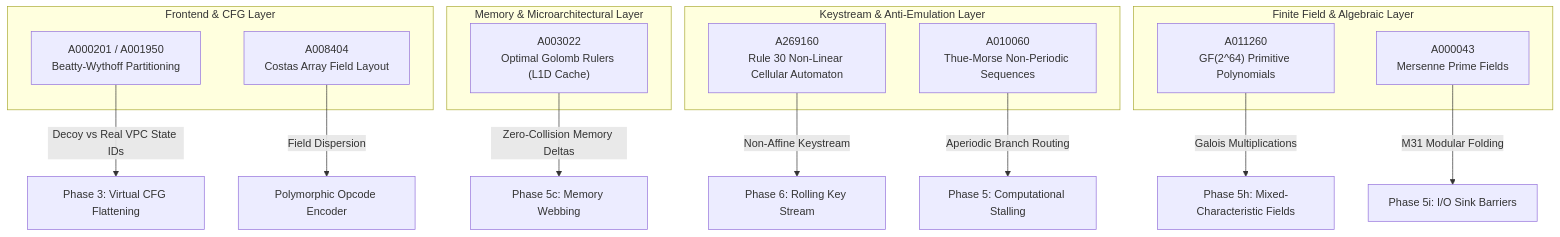
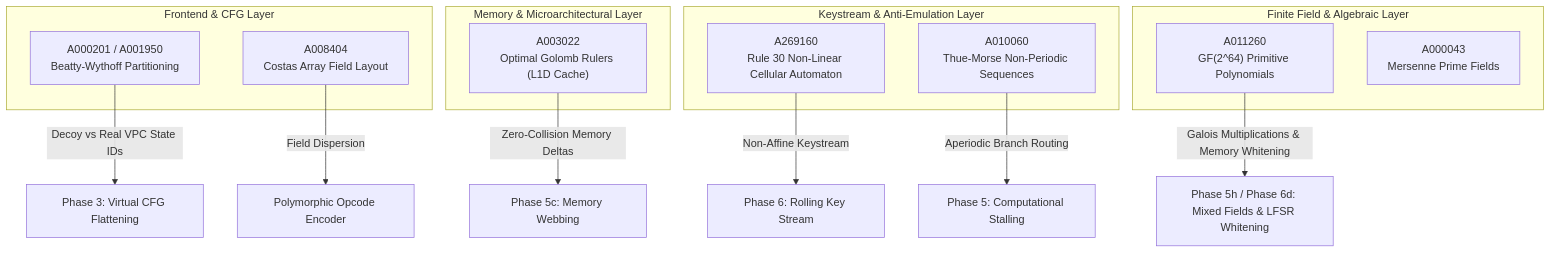
One commit to bivex/ASGARD-5877 changed the diagram in docs/OEIS_MATHEMATICAL_SEQUENCES.md. Above: the diagram before and after it, drawn with Mermaid. The commit also changed other lines of this file and 14 other files, not shown here.

First line of the commit message:
feat(stack_vm): implement Pass 23 Galois LFSR Memory Whitening & Anti-Snapshot Diffing

````diff
--- a/docs/OEIS_MATHEMATICAL_SEQUENCES.md
+++ b/docs/OEIS_MATHEMATICAL_SEQUENCES.md
@@ -33,29 +33,28 @@
 ```mermaid
 flowchart TD
     subgraph Frontend ["Frontend & CFG Layer"]
         A000201["A000201 / A001950<br/>Beatty-Wythoff Partitioning"]
         A008404["A008404<br/>Costas Array Field Layout"]
     end
 
     subgraph Memory ["Memory & Microarchitectural Layer"]
         A003022["A003022<br/>Optimal Golomb Rulers (L1D Cache)"]
     end
 
     subgraph Stream ["Keystream & Anti-Emulation Layer"]
         A269160["A269160<br/>Rule 30 Non-Linear Cellular Automaton"]
         A010060["A010060<br/>Thue-Morse Non-Periodic Sequences"]
     end
 
     subgraph Fields ["Finite Field & Algebraic Layer"]
         A011260["A011260<br/>GF(2^64) Primitive Polynomials"]
         A000043["A000043<br/>Mersenne Prime Fields"]
     end
 
     A000201 -->|"Decoy vs Real VPC State IDs"| CFF["Phase 3: Virtual CFG Flattening"]
     A008404 -->|"Field Dispersion"| Enc["Polymorphic Opcode Encoder"]
     A003022 -->|"Zero-Collision Memory Deltas"| Web["Phase 5c: Memory Webbing"]
     A269160 -->|"Non-Affine Keystream"| Roll["Phase 6: Rolling Key Stream"]
     A010060 -->|"Aperiodic Branch Routing"| Stall["Phase 5: Computational Stalling"]
-    A011260 -->|"Galois Multiplications"| FF["Phase 5h: Mixed-Characteristic Fields"]
-    A000043 -->|"M31 Modular Folding"| Slicing["Phase 5i: I/O Sink Barriers"]
+    A011260 -->|"Galois Multiplications & Memory Whitening"| FF["Phase 5h / Phase 6d: Mixed Fields & LFSR Whitening"]
 ```
````
